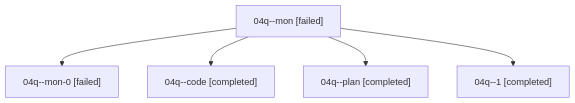
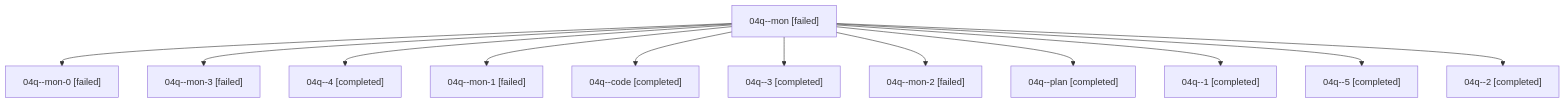
One commit to sase-org/sase--agents changed the diagram in families/bbugyi200.athena.04q.md. Above: the diagram before and after it, drawn with Mermaid. The commit also changed other lines of this file and 200 other files, not shown here.

````diff
--- a/families/bbugyi200.athena.04q.md
+++ b/families/bbugyi200.athena.04q.md
@@ -9,12 +9,26 @@
 ```mermaid
 flowchart TD
   n0["04q--mon [failed]"]
   n1["04q--mon-0 [failed]"]
   n0 --> n1
-  n2["04q--code [completed]"]
+  n2["04q--mon-3 [failed]"]
   n0 --> n2
-  n3["04q--plan [completed]"]
+  n3["04q--4 [completed]"]
   n0 --> n3
-  n4["04q--1 [completed]"]
+  n4["04q--mon-1 [failed]"]
   n0 --> n4
+  n5["04q--code [completed]"]
+  n0 --> n5
+  n6["04q--3 [completed]"]
+  n0 --> n6
+  n7["04q--mon-2 [failed]"]
+  n0 --> n7
+  n8["04q--plan [completed]"]
+  n0 --> n8
+  n9["04q--1 [completed]"]
+  n0 --> n9
+  n10["04q--5 [completed]"]
+  n0 --> n10
+  n11["04q--2 [completed]"]
+  n0 --> n11
 ```
````
